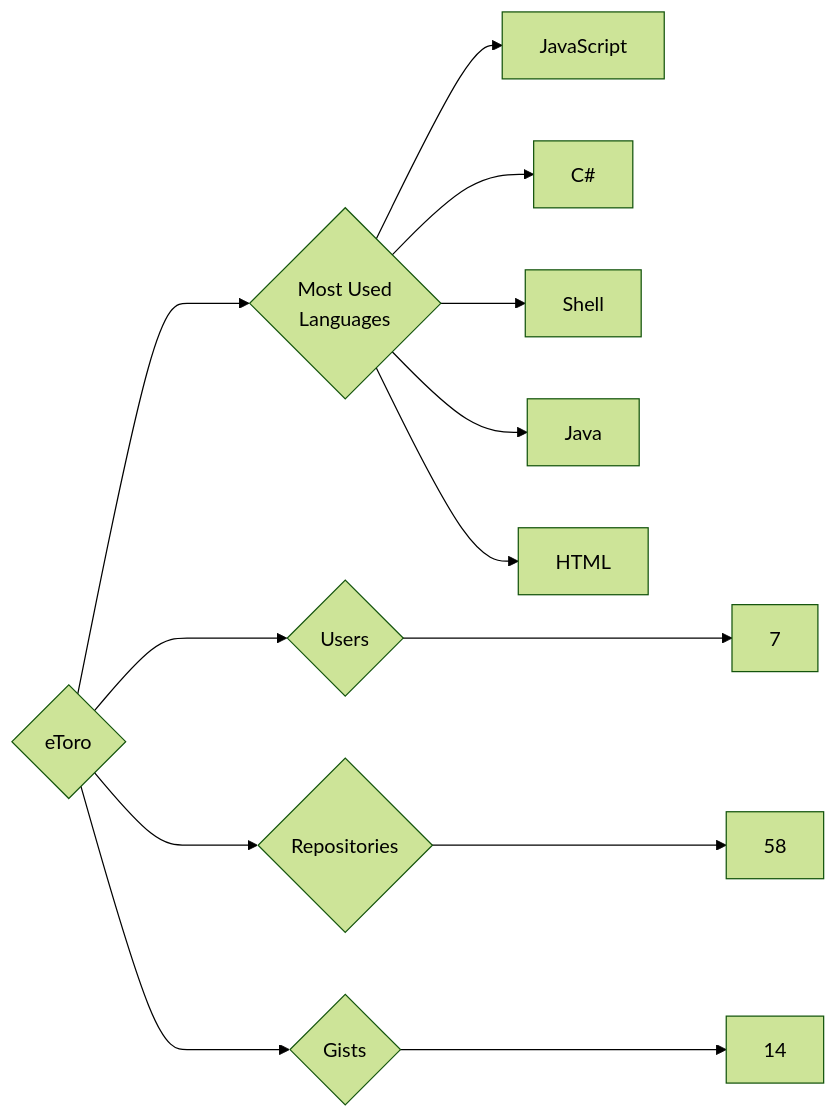
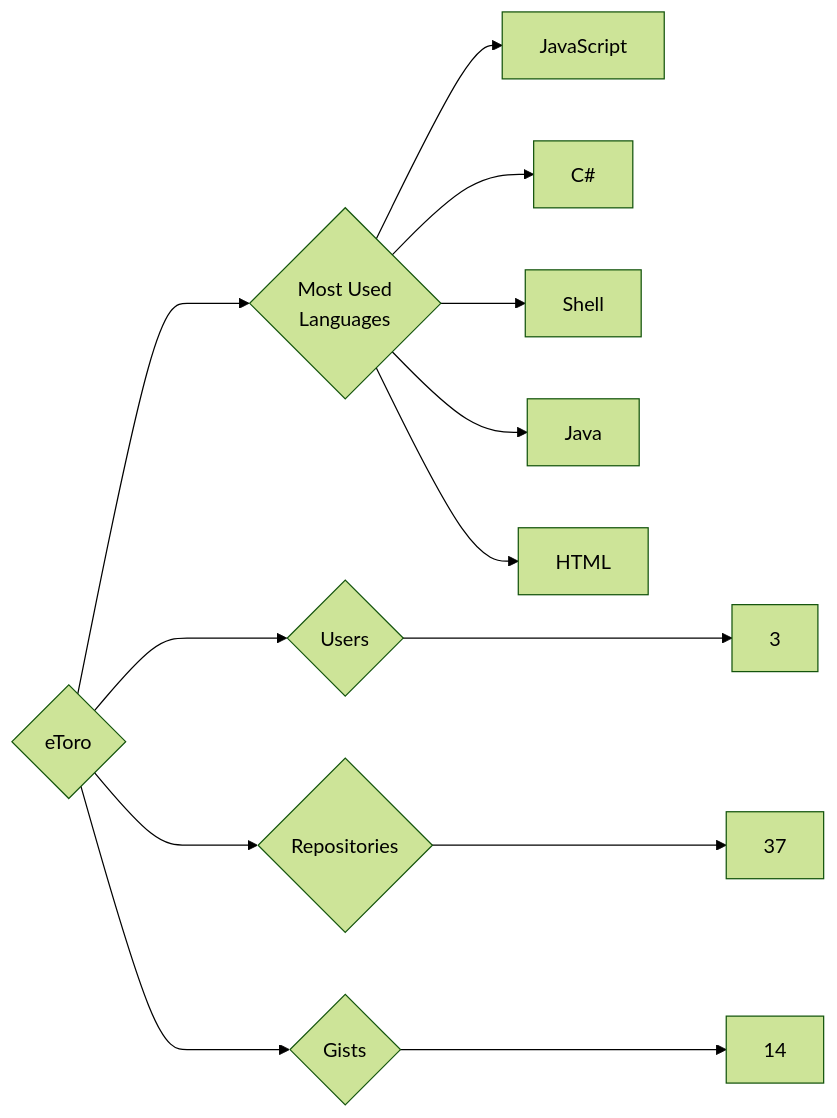
The diagram in targets/eToro/README.md (trickest/insiders), drawn with Mermaid (forest theme) before and after one commit. The commit also changed 1007 other files, not shown here.

````diff
--- a/targets/eToro/README.md
+++ b/targets/eToro/README.md
@@ -3,13 +3,13 @@
 ```mermaid
 graph LR
 COMPANY_NAME{eToro}
-COMPANY_NAME ---> U{Users} ---> UN[7]
-COMPANY_NAME ---> R{Repositories} ---> RN[58]
+COMPANY_NAME ---> U{Users} ---> UN[3]
+COMPANY_NAME ---> R{Repositories} ---> RN[37]
 COMPANY_NAME ---> G{Gists} ---> GN[14]
 COMPANY_NAME ---> ML{Most Used<br>Languages}
 ML --> JavaScript[JavaScript]
 ML --> C#[C#]
 ML --> Shell[Shell]
 ML --> Java[Java]
 ML --> HTML[HTML]
 ```
````
